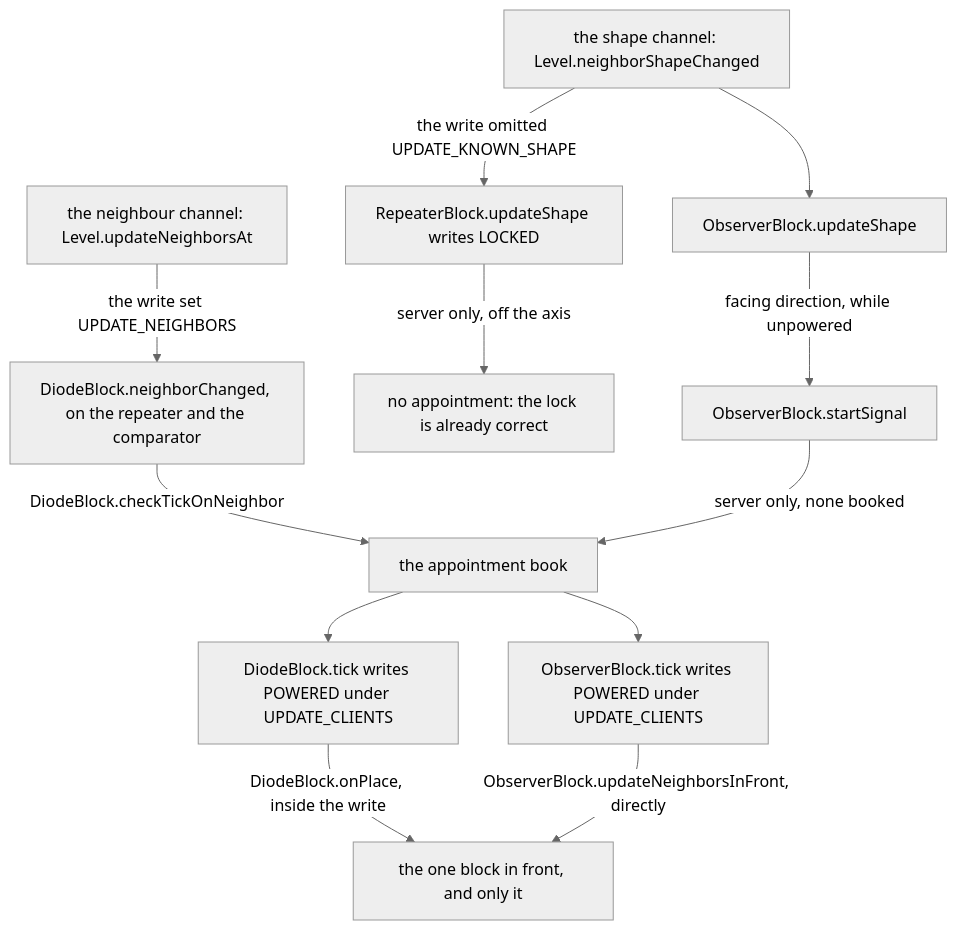
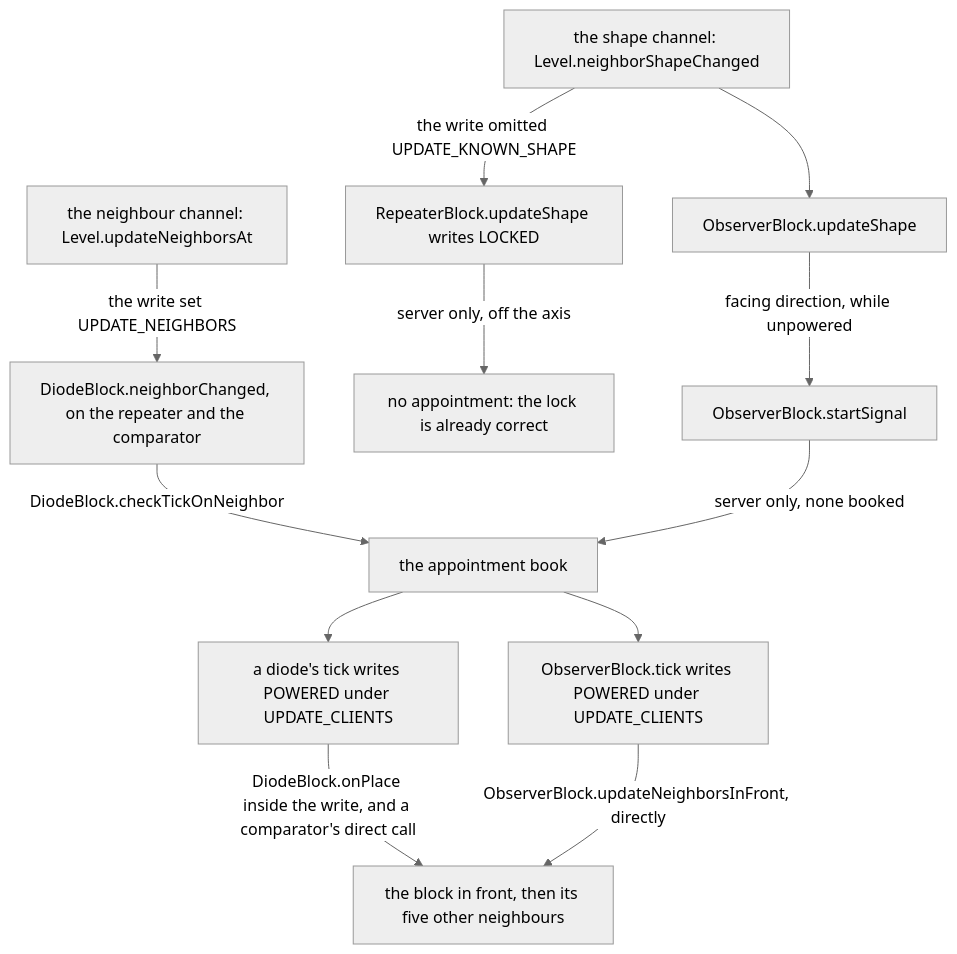
One commit to AlexanderjFraser/MinecraftDocs changed the diagram in src/systems/blocks/diodes-and-observers.md. Above: the diagram before and after it, drawn with Mermaid (neutral theme). The commit also changed other lines of this file and 21 other files, not shown here.

````diff
--- a/src/systems/blocks/diodes-and-observers.md
+++ b/src/systems/blocks/diodes-and-observers.md
@@ -191,25 +195,25 @@
 ```mermaid
 flowchart TD
     NC["the neighbour channel: Level.updateNeighborsAt"]
     SC["the shape channel: Level.neighborShapeChanged"]
     RB["DiodeBlock.neighborChanged, on the repeater and the comparator"]
     RL["RepeaterBlock.updateShape writes LOCKED"]
     DONE["no appointment: the lock is already correct"]
     OB["ObserverBlock.updateShape"]
     SS["ObserverBlock.startSignal"]
     BOOK["the appointment book"]
-    DT["DiodeBlock.tick writes POWERED under UPDATE_CLIENTS"]
+    DT["a diode's tick writes POWERED under UPDATE_CLIENTS"]
     OT["ObserverBlock.tick writes POWERED under UPDATE_CLIENTS"]
-    OUT["the one block in front, and only it"]
+    OUT["the block in front, then its five other neighbours"]
     NC -- "the write set UPDATE_NEIGHBORS" --> RB
     SC -- "the write omitted UPDATE_KNOWN_SHAPE" --> RL
     SC --> OB
     RB -- "DiodeBlock.checkTickOnNeighbor" --> BOOK
     RL -- "server only, off the axis" --> DONE
     OB -- "facing direction, while unpowered" --> SS
     SS -- "server only, none booked" --> BOOK
     BOOK --> DT
     BOOK --> OT
-    DT -- "DiodeBlock.onPlace, inside the write" --> OUT
+    DT -- "DiodeBlock.onPlace inside the write, and a comparator's direct call" --> OUT
     OT -- "ObserverBlock.updateNeighborsInFront, directly" --> OUT
 ```
````
